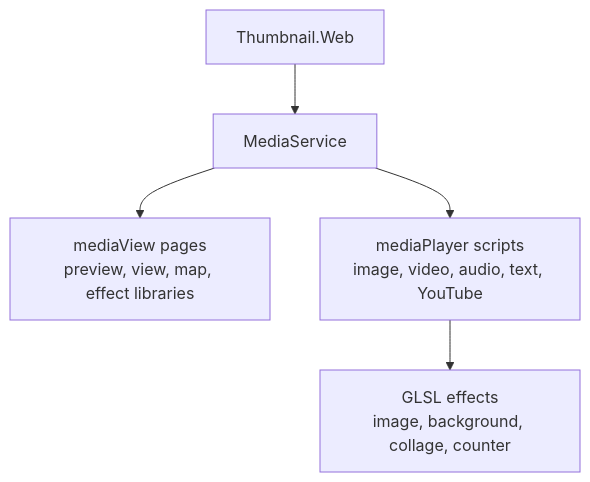
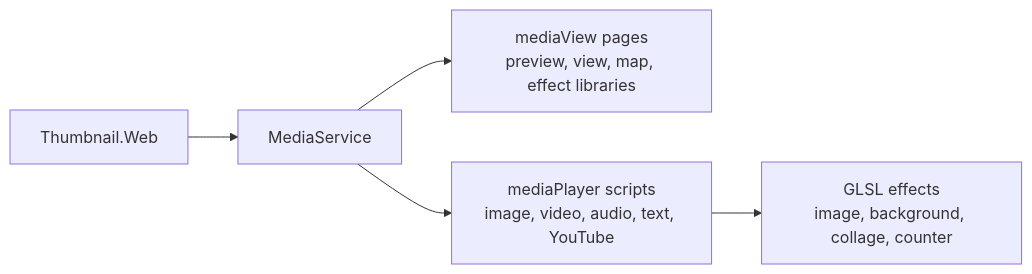
Before and after one commit to dosh1974/SysWeaver: the diagram in SysWeaver.MicroService.Media/README.md, drawn with Mermaid. The commit also changed other lines of this file and 532 other files, not shown here.

````diff
--- a/SysWeaver.MicroService.Media/README.md
+++ b/SysWeaver.MicroService.Media/README.md
@@ -18,7 +18,7 @@
 ```mermaid
-flowchart TB
+flowchart LR
   Svc["MediaService"] --> Pages["mediaView pages<br/>preview, view, map, effect libraries"]
   Svc --> Player["mediaPlayer scripts<br/>image, video, audio, text, YouTube"]
   Player --> Fx["GLSL effects<br/>image, background, collage, counter"]
   Thumb["Thumbnail.Web"] --> Svc
 ```
````
